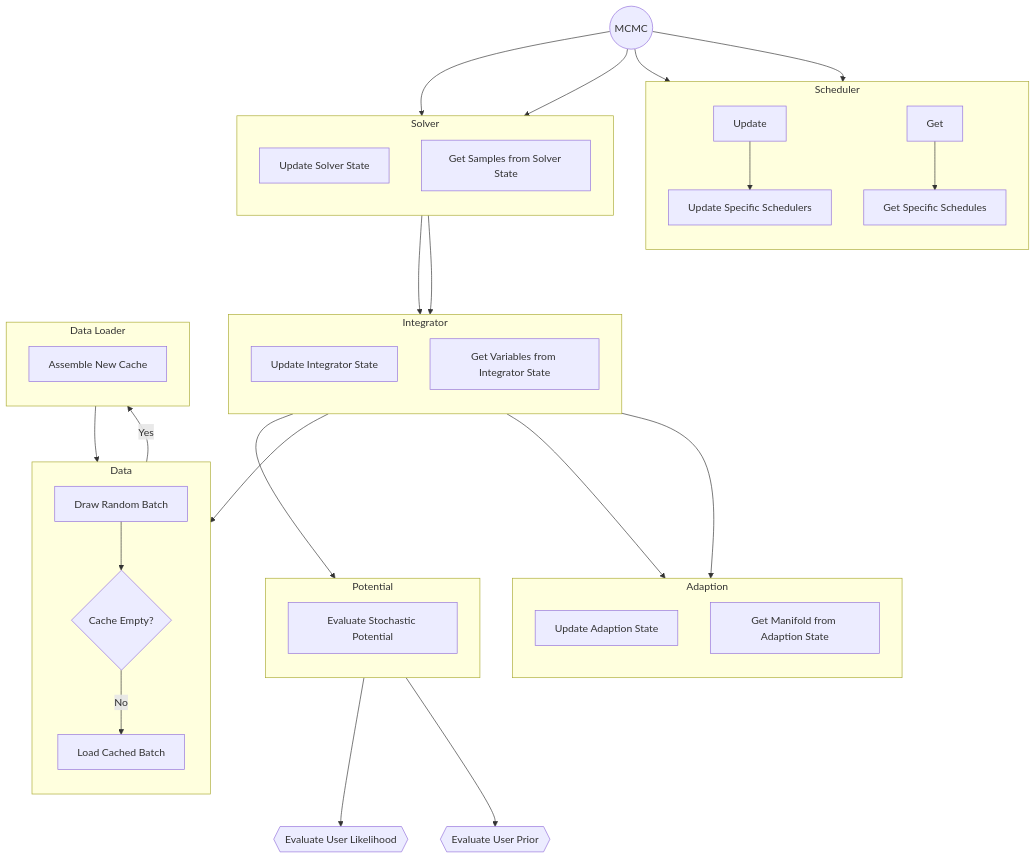
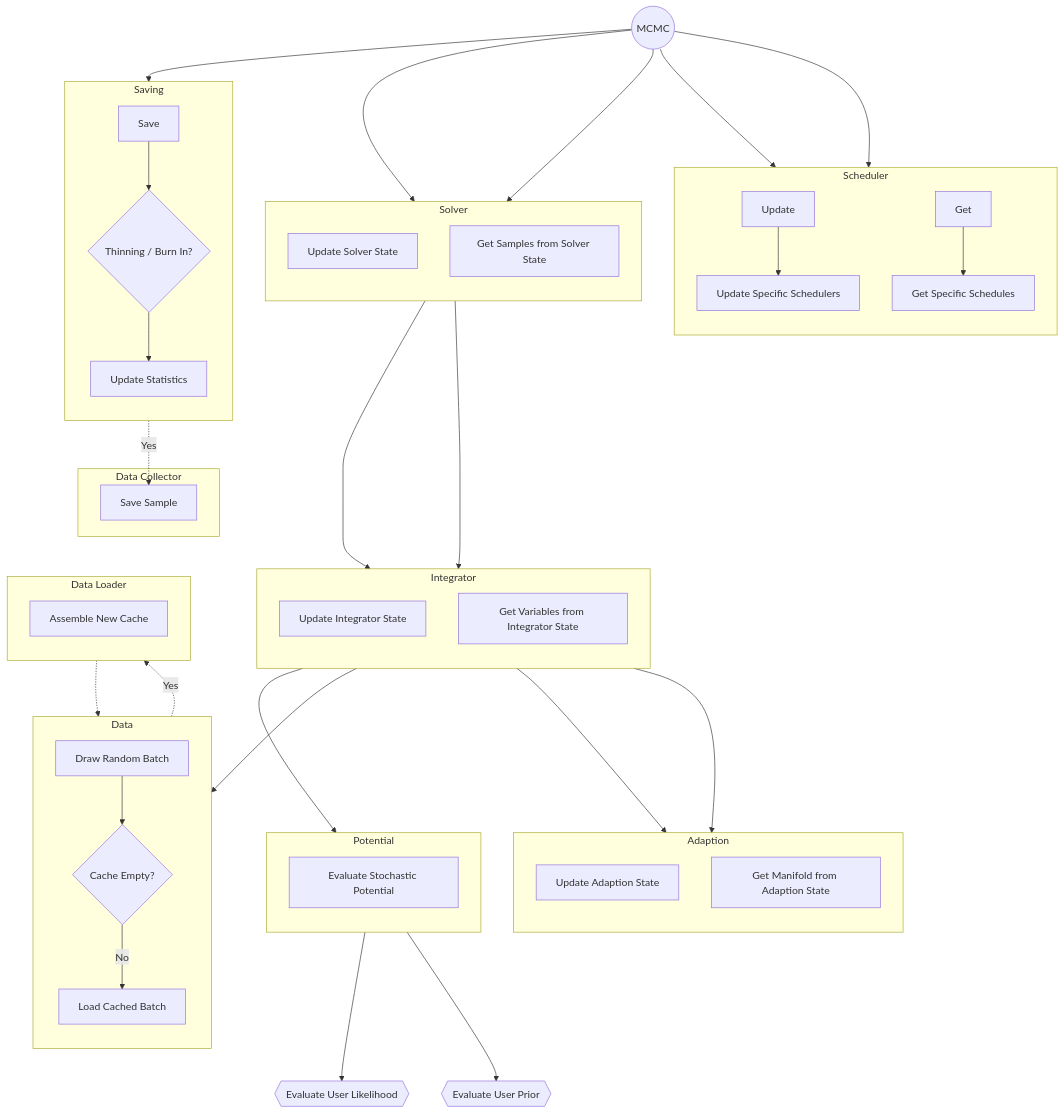
Before and after one commit to tummfm/jax-sgmc: the diagram in docs/usage/sgld_rms.md, drawn with Mermaid. The commit also changed other lines of this file, not shown here.

````diff
--- a/docs/usage/sgld_rms.md
+++ b/docs/usage/sgld_rms.md
@@ -62,63 +62,76 @@
 ```{mermaid}
 flowchart TD
 %%{config: {'height': 'auto'}}%%
 
   MCMC((MCMC))
 
   subgraph B [Scheduler]
     direction TB
     B1[Update] --> B11[Update Specific Schedulers]
     B2[Get] --> B21[Get Specific Schedules]
   end
 
-  subgraph Solver
+  subgraph D [Solver]
     direction TB
     D1[Update Solver State]
     D2[Get Samples from Solver State]
   end
 
-  subgraph Integrator
+  subgraph C [Integrator]
     direction TB
     CU[Update Integrator State]
     CG[Get Variables from Integrator State]
   end
 
   subgraph E [Adaption]
     direction TB
     E1[Update Adaption State]
     E2[Get Manifold from Adaption State]
   end
 
   subgraph F [Data]
     direction TB
     F1[Draw Random Batch] --> F2{Cache Empty?}
     F2 -- No --> F3[Load Cached Batch]
   end
   
   subgraph FDL [Data Loader]
     direction TB
-    F2 -- Yes --> FDL1[Assemble New Cache] --> F3
+    F2 -. Yes .-> FDL1[Assemble New Cache] -.-> F3
   end
 
   subgraph H [Potential]
     direction TB
     H1[Evaluate Stochastic Potential]
   end
   
+  subgraph I [Saving]
+    direction TB
+    I1[Save] --> I2{Thinning / Burn In?}
+    I2 --> I3[Update Statistics]
+  end
+
+  subgraph J [Data Collector]
+    J1[Save Sample]
+  end
+
+  I2 -. Yes .-> J1
+
   MCMC --> B1
   MCMC --> B2
   MCMC --> D1
   MCMC --> D2
+  MCMC --> I1
   
   D1 ---> CU
   D2 ---> CG
   
   H1 -->  U1{{Evaluate User Likelihood}}
   H1 --> U2{{Evaluate User Prior}}
 
   CU --> E1
   CU --> E2
   CU --> F1
   CU --> H1
 
 ```
````
